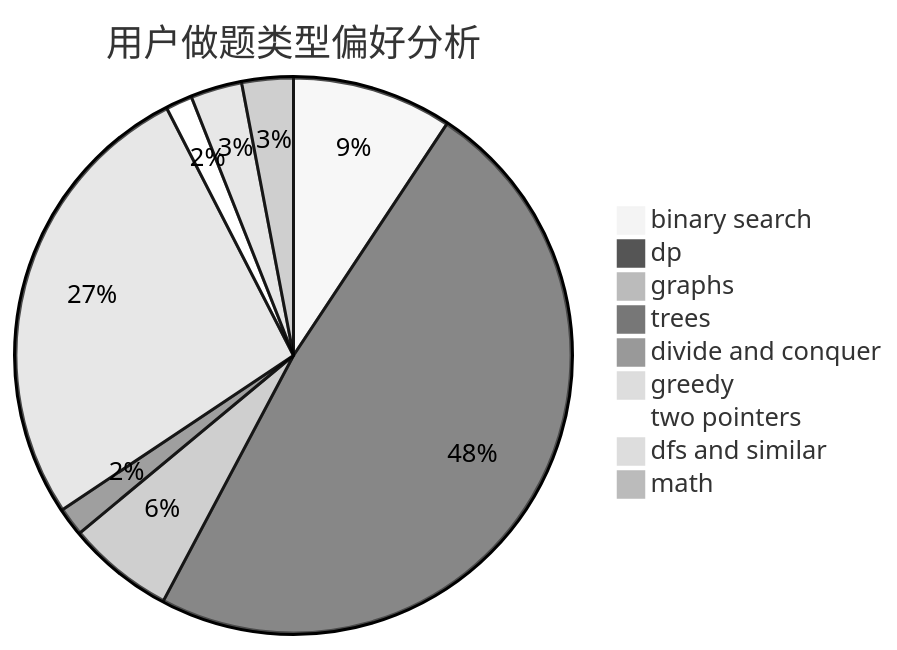
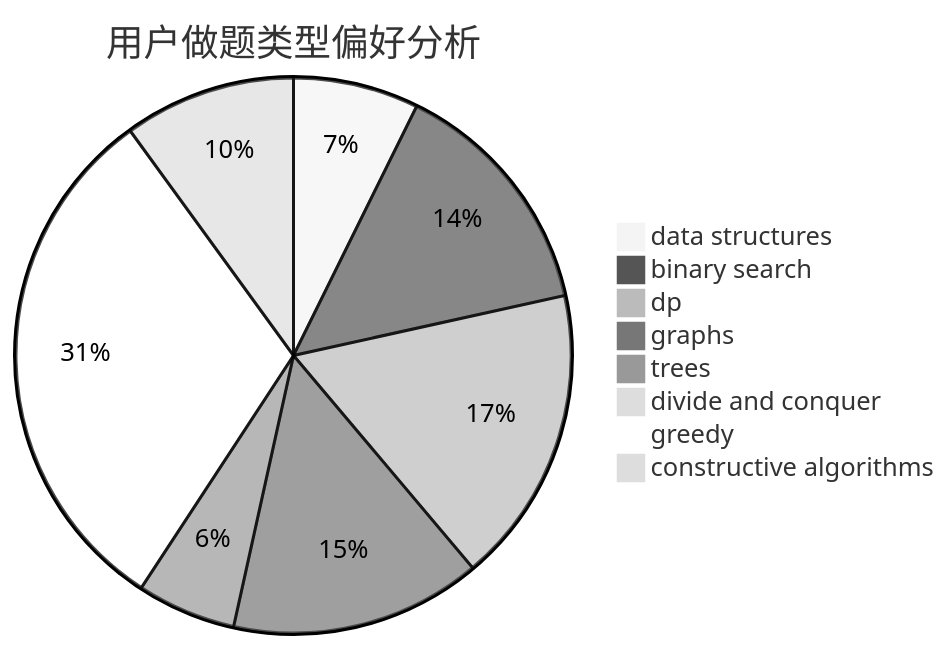
Before and after one commit to sherpahu/cfrs.github.io: the second of 3 diagrams in docs/user/u613.md, drawn with Mermaid (neutral theme). The commit also changed other lines of this file and 2775 other files, not shown here.

````diff
--- a/docs/user/u613.md
+++ b/docs/user/u613.md
@@ -23,12 +23,11 @@
 ```mermaid
 pie title 用户做题类型偏好分析
-    "binary search" :  84
-    "dp" :  437
-    "graphs" :  56
+    "data structures" :  19
+    "binary search" :  37
+    "dp" :  45
+    "graphs" :  38
     "trees" :  15
     "divide and conquer" :  0
-    "greedy" :  242
-    "two pointers" :  14
-    "dfs and similar" :  27
-    "math" :  27
+    "greedy" :  80
+    "constructive algorithms" :  26
 ```
````
